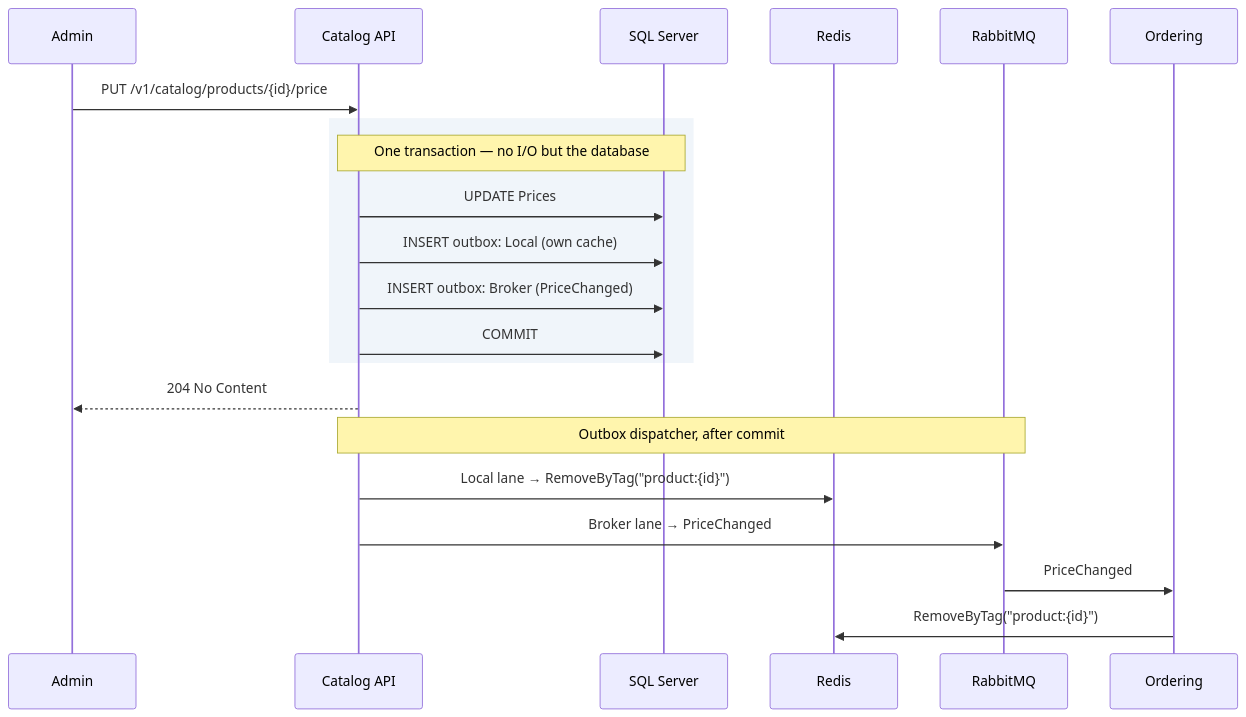
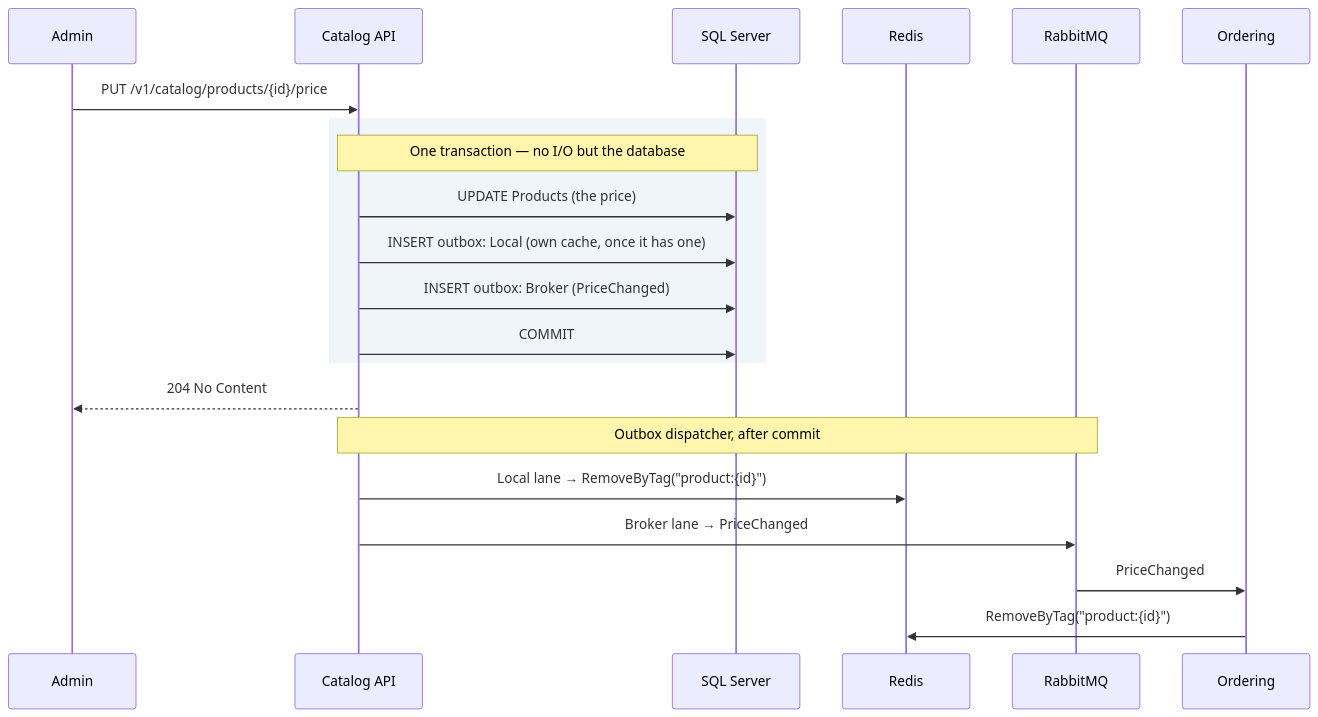
Before and after one commit to alexander-shamray/blueprint-backend: the diagram in docs/backend-architecture/08-caching-redis.md, drawn with Mermaid. The commit also changed other lines of this file and 22 other files, not shown here.

````diff
--- a/docs/backend-architecture/08-caching-redis.md
+++ b/docs/backend-architecture/08-caching-redis.md
@@ -294,25 +294,25 @@
 ```mermaid
 sequenceDiagram
     participant A as Admin
     participant C as Catalog API
     participant DB as SQL Server
     participant R as Redis
     participant MQ as RabbitMQ
     participant O as Ordering
 
     A->>C: PUT /v1/catalog/products/{id}/price
     rect rgb(240, 245, 250)
     Note over C,DB: One transaction — no I/O but the database
-    C->>DB: UPDATE Prices
-    C->>DB: INSERT outbox: Local (own cache)
+    C->>DB: UPDATE Products (the price)
+    C->>DB: INSERT outbox: Local (own cache, once it has one)
     C->>DB: INSERT outbox: Broker (PriceChanged)
     C->>DB: COMMIT
     end
     C-->>A: 204 No Content
 
     Note over C,MQ: Outbox dispatcher, after commit
     C->>R: Local lane → RemoveByTag("product:{id}")
     C->>MQ: Broker lane → PriceChanged
     MQ->>O: PriceChanged
     O->>R: RemoveByTag("product:{id}")
 ```
````
